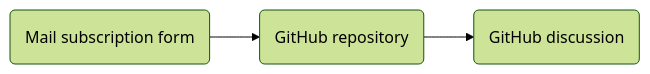
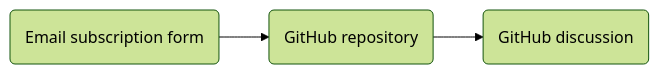
One commit to alazaroc/blog-web-code changed the fourth of 4 diagrams in _posts/2022-03-01-the-technology-behind-this-blog.md. Above: the diagram before and after it, drawn with Mermaid (forest theme). The commit also changed other lines of this file and 10 other files, not shown here.

````diff
--- a/_posts/2022-03-01-the-technology-behind-this-blog.md
+++ b/_posts/2022-03-01-the-technology-behind-this-blog.md
@@ -202,5 +202,5 @@
   ``` mermaid
     flowchart LR
-    A(Mail subscription form) --> B(GitHub repository)
+    A(Email subscription form) --> B(GitHub repository)
     B --> C(GitHub discussion)
   ```
````
